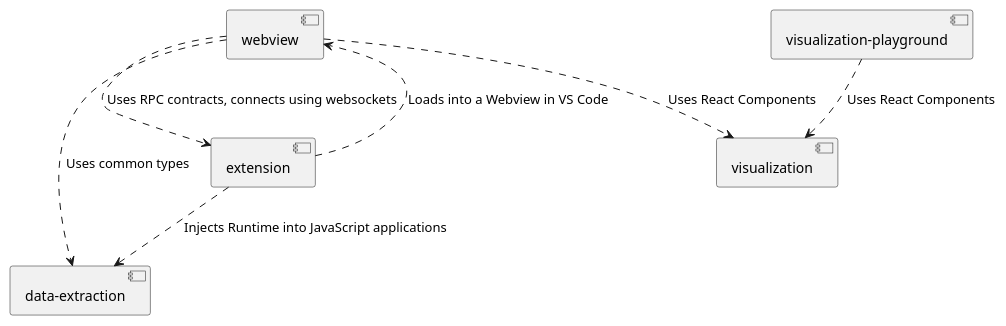
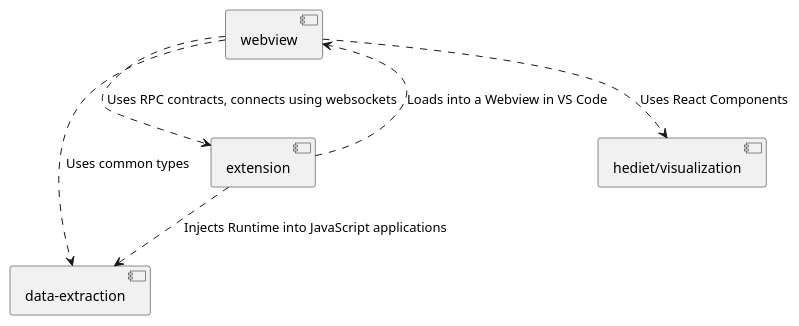
The diagram in docs/main.plantuml (IoriK1020/vscode-debug-visualizer), drawn with PlantUML before and after one commit. The commit also changed 3 other files, not shown here.

```diff
--- a/docs/main.plantuml
+++ b/docs/main.plantuml
@@ -1,20 +1,18 @@
 @startuml Main
 
 [data-extraction] 
 [webview]
 [extension]
-[visualization]
-[visualization-playground]
+[hediet/visualization]
 
 [webview] ..> [extension]: "Uses RPC contracts, connects using websockets"
 [extension] ..> [webview]: "Loads into a Webview in VS Code"
 
-[webview] ..> [visualization]: "Uses React Components"
+[webview] ..> [hediet/visualization]: "Uses React Components"
 
-[visualization-playground] ..> [visualization]: "Uses React Components"
 
 [extension] ..> [data-extraction]: "Injects Runtime into JavaScript applications"
 
 [webview] ..> [data-extraction]: "Uses common types"
 
 @enduml
```
